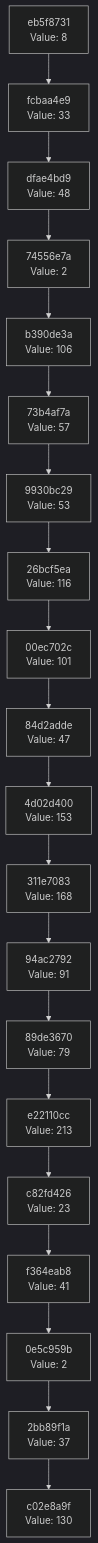
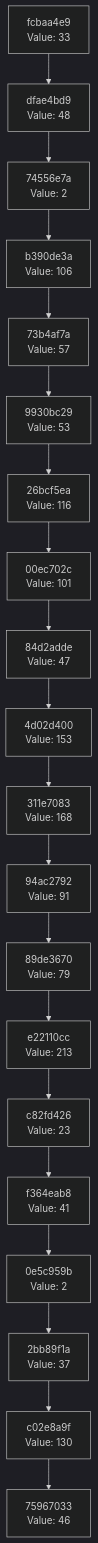
One commit to Abhisheksinha1506/hash-chain-evolver changed the diagram in docs/CHAIN_VISUALIZATION.md. Above: the diagram before and after it, drawn with Mermaid (dark theme). The commit also changed 3 other files, not shown here.

````diff
--- a/docs/CHAIN_VISUALIZATION.md
+++ b/docs/CHAIN_VISUALIZATION.md
@@ -3,42 +3,42 @@
 ```mermaid
 graph TD
-    C0["c02e8a9f<br/>Value: 130"]
-    C1["2bb89f1a<br/>Value: 37"]
+    C0["75967033<br/>Value: 46"]
+    C1["c02e8a9f<br/>Value: 130"]
     C1 --> C0
-    C2["0e5c959b<br/>Value: 2"]
+    C2["2bb89f1a<br/>Value: 37"]
     C2 --> C1
-    C3["f364eab8<br/>Value: 41"]
+    C3["0e5c959b<br/>Value: 2"]
     C3 --> C2
-    C4["c82fd426<br/>Value: 23"]
+    C4["f364eab8<br/>Value: 41"]
     C4 --> C3
-    C5["e22110cc<br/>Value: 213"]
+    C5["c82fd426<br/>Value: 23"]
     C5 --> C4
-    C6["89de3670<br/>Value: 79"]
+    C6["e22110cc<br/>Value: 213"]
     C6 --> C5
-    C7["94ac2792<br/>Value: 91"]
+    C7["89de3670<br/>Value: 79"]
     C7 --> C6
-    C8["311e7083<br/>Value: 168"]
+    C8["94ac2792<br/>Value: 91"]
     C8 --> C7
-    C9["4d02d400<br/>Value: 153"]
+    C9["311e7083<br/>Value: 168"]
     C9 --> C8
-    C10["84d2adde<br/>Value: 47"]
+    C10["4d02d400<br/>Value: 153"]
     C10 --> C9
-    C11["00ec702c<br/>Value: 101"]
+    C11["84d2adde<br/>Value: 47"]
     C11 --> C10
-    C12["26bcf5ea<br/>Value: 116"]
+    C12["00ec702c<br/>Value: 101"]
     C12 --> C11
-    C13["9930bc29<br/>Value: 53"]
+    C13["26bcf5ea<br/>Value: 116"]
     C13 --> C12
-    C14["73b4af7a<br/>Value: 57"]
+    C14["9930bc29<br/>Value: 53"]
     C14 --> C13
-    C15["b390de3a<br/>Value: 106"]
+    C15["73b4af7a<br/>Value: 57"]
     C15 --> C14
-    C16["74556e7a<br/>Value: 2"]
+    C16["b390de3a<br/>Value: 106"]
     C16 --> C15
-    C17["dfae4bd9<br/>Value: 48"]
+    C17["74556e7a<br/>Value: 2"]
     C17 --> C16
-    C18["fcbaa4e9<br/>Value: 33"]
+    C18["dfae4bd9<br/>Value: 48"]
     C18 --> C17
-    C19["eb5f8731<br/>Value: 8"]
+    C19["fcbaa4e9<br/>Value: 33"]
     C19 --> C18
 ```
````
